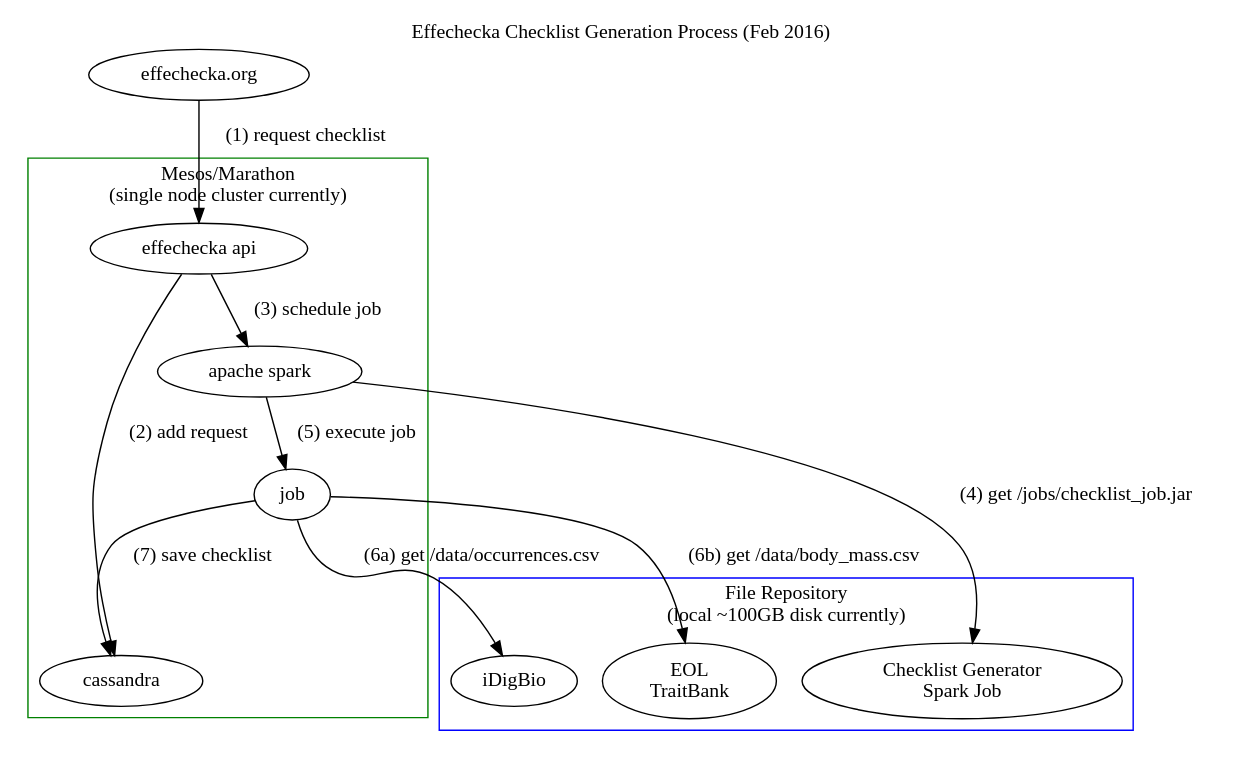
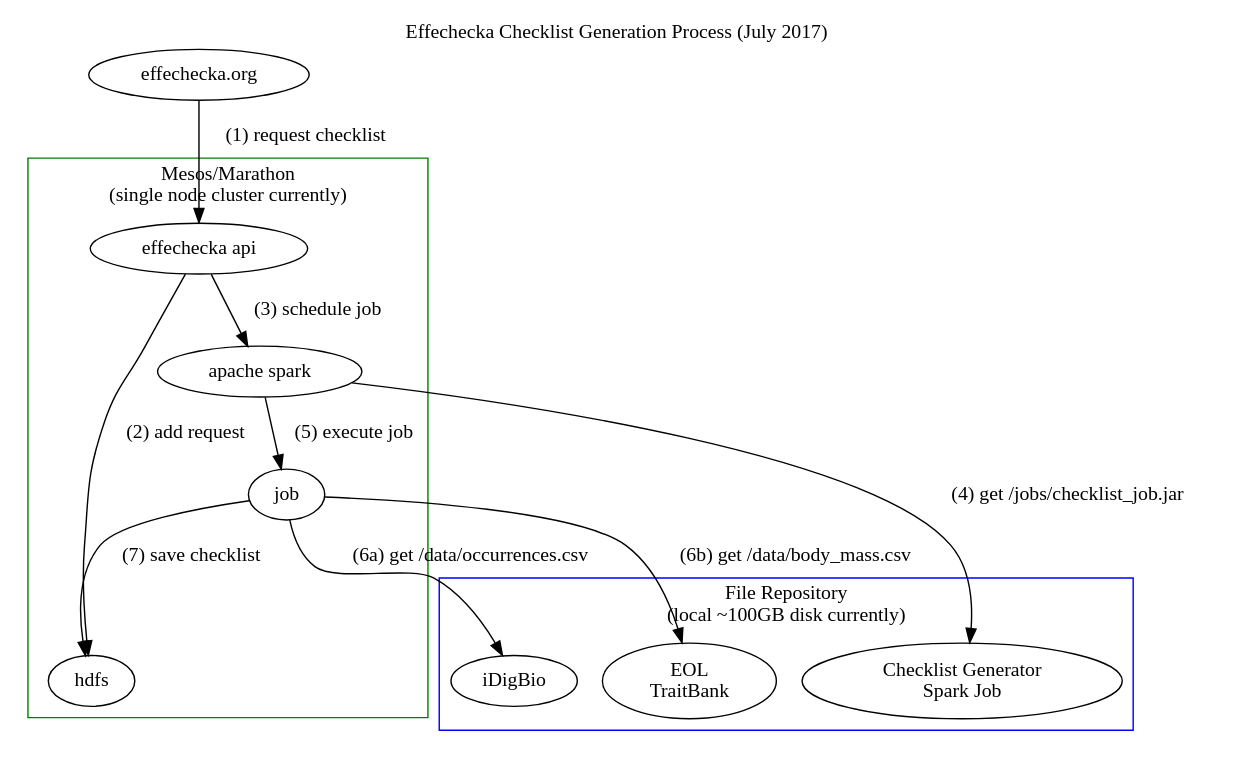
Before and after one commit to jhpoelen/effechecka: the diagram in assets/checklistGenerationProcess.dot, drawn with Graphviz. The commit also changed 1 other file, not shown here.

Commit message:
upgrade graph: cassandra -> hdfs

```diff
--- a/assets/checklistGenerationProcess.dot
+++ b/assets/checklistGenerationProcess.dot
@@ -1,24 +1,24 @@
 digraph G {
   labelloc="t";
-  label="Effechecka Checklist Generation Process (Feb 2016)";
+  label="Effechecka Checklist Generation Process (July 2017)";
   compound=true;
   fontname="bold";
   "effechecka.org" -> "effechecka api"[label=" (1) request checklist"]
   subgraph cluster0 {
-    "effechecka api" -> "cassandra"[label=" (2) add request"];
+    "effechecka api" -> "hdfs"[label=" (2) add request"];
 	"effechecka api" -> "apache spark"[label=" (3) schedule job"];
   "apache spark" -> "job"[label= " (5) execute job"];
-	"job" -> "cassandra"[label=" (7) save checklist"];
+	"job" -> "hdfs"[label=" (7) save checklist"];
     label = "Mesos/Marathon\n(single node cluster currently)";
     color = "green";
   }
 
   subgraph cluster1 {
 		"job" -> "iDigBio"[label= " (6a) get /data/occurrences.csv"];
 		"job" -> "EOL\nTraitBank"[label= " (6b) get /data/body_mass.csv"];
 		"apache spark" -> "Checklist Generator\nSpark Job"[label= " (4) get /jobs/checklist_job.jar"];
 		label = "File Repository\n(local ~100GB disk currently)"
 		color = "blue"
   }
 
 }
```
